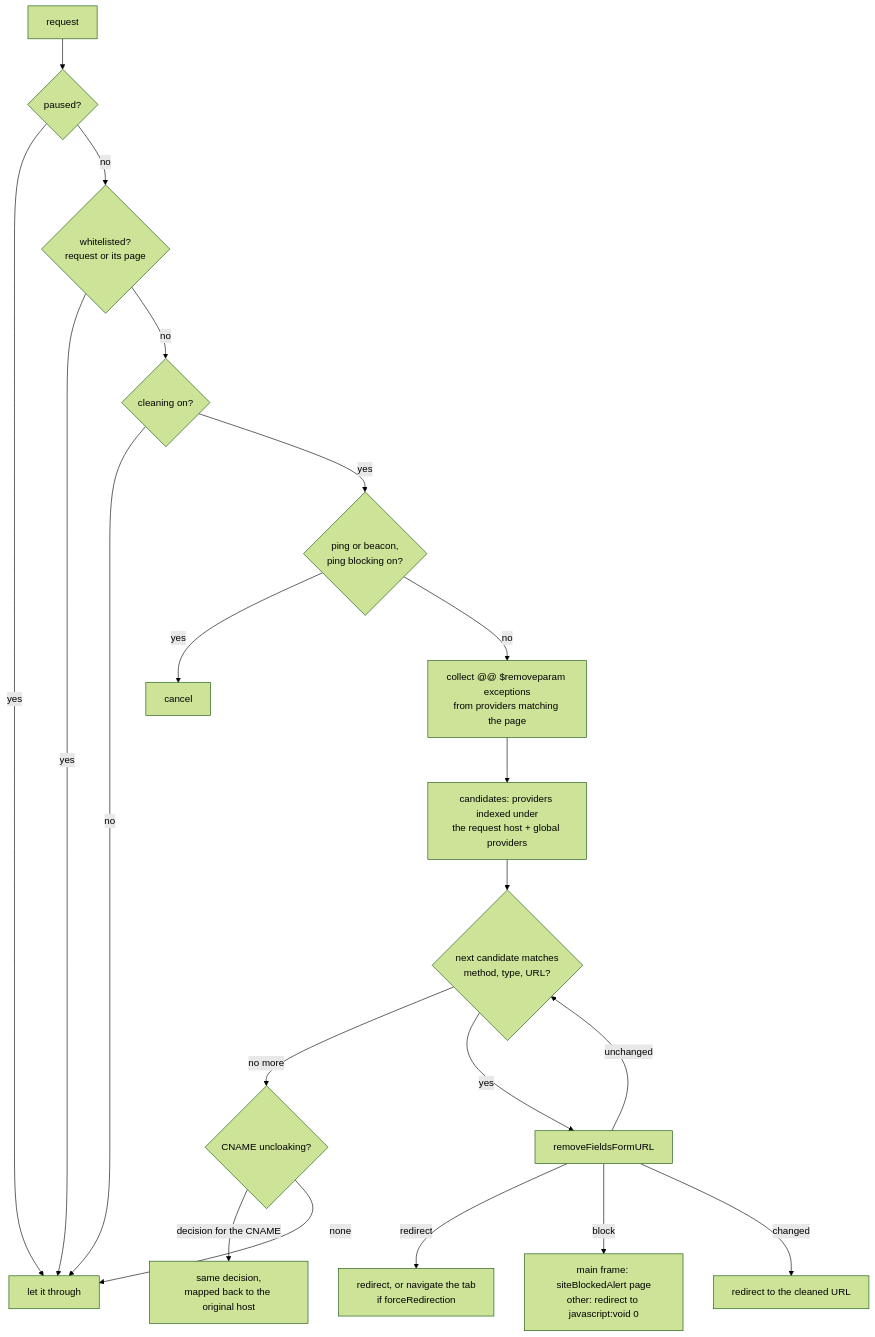
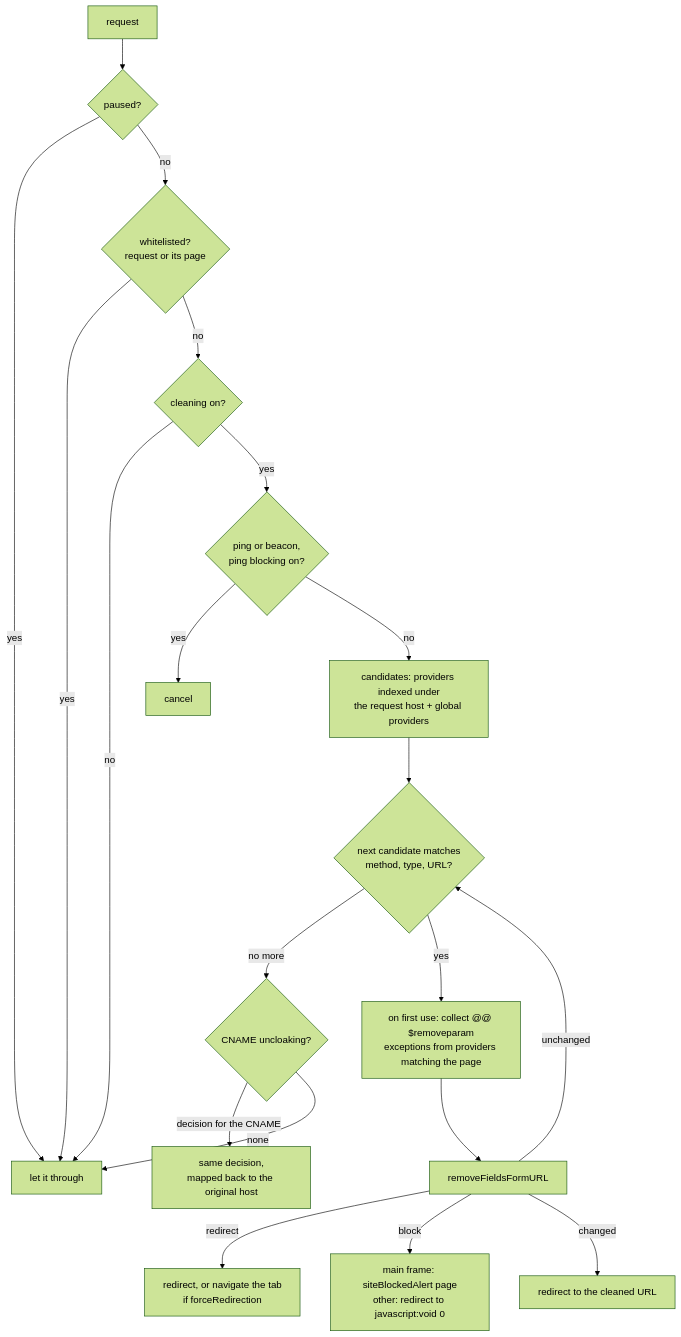
Before and after one commit to Linkumori/Linkumori-Addon: the fourth of 4 diagrams in docs/runtime-architecture.md, drawn with Mermaid (forest theme). The commit also changed other lines of this file and 2 other files, not shown here.

First line of the commit message:
perf: cache per-request lookups and skip providers for URLs without parameters

````diff
--- a/docs/runtime-architecture.md
+++ b/docs/runtime-architecture.md
@@ -449,22 +457,22 @@
 ```mermaid
 flowchart TD
     A[request] --> B{paused?}
     B -- yes --> Z[let it through]
     B -- no --> C{whitelisted?<br/>request or its page}
     C -- yes --> Z
     C -- no --> D{cleaning on?}
     D -- no --> Z
     D -- yes --> E{ping or beacon,<br/>ping blocking on?}
     E -- yes --> X[cancel]
-    E -- no --> F[collect @@ $removeparam exceptions<br/>from providers matching the page]
-    F --> G[candidates: providers indexed under<br/>the request host + global providers]
+    E -- no --> G[candidates: providers indexed under<br/>the request host + global providers]
     G --> H{next candidate matches<br/>method, type, URL?}
     H -- no more --> Y{CNAME uncloaking?}
-    H -- yes --> I[removeFieldsFormURL]
+    H -- yes --> F[on first use: collect @@ $removeparam<br/>exceptions from providers matching the page]
+    F --> I[removeFieldsFormURL]
     I -- redirect --> R[redirect, or navigate the tab<br/>if forceRedirection]
     I -- block --> K[main frame: siteBlockedAlert page<br/>other: redirect to javascript:void 0]
     I -- changed --> M[redirect to the cleaned URL]
     I -- unchanged --> H
     Y -- decision for the CNAME --> R2[same decision,<br/>mapped back to the original host]
     Y -- none --> Z
 ```
````
